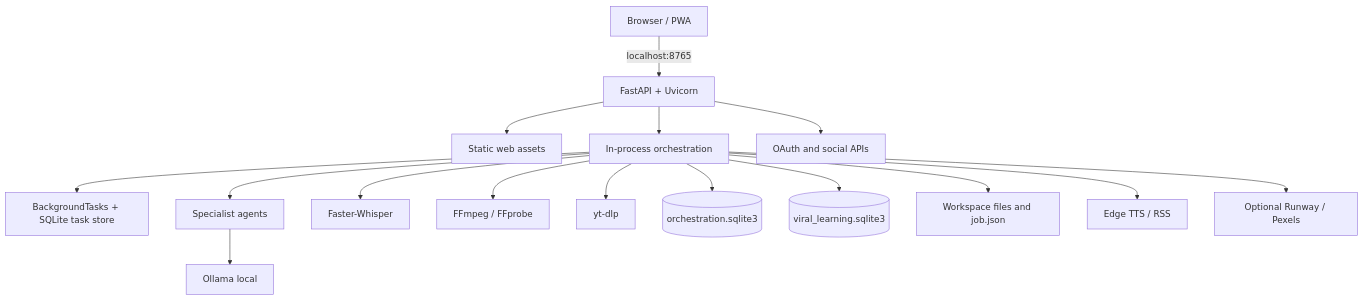
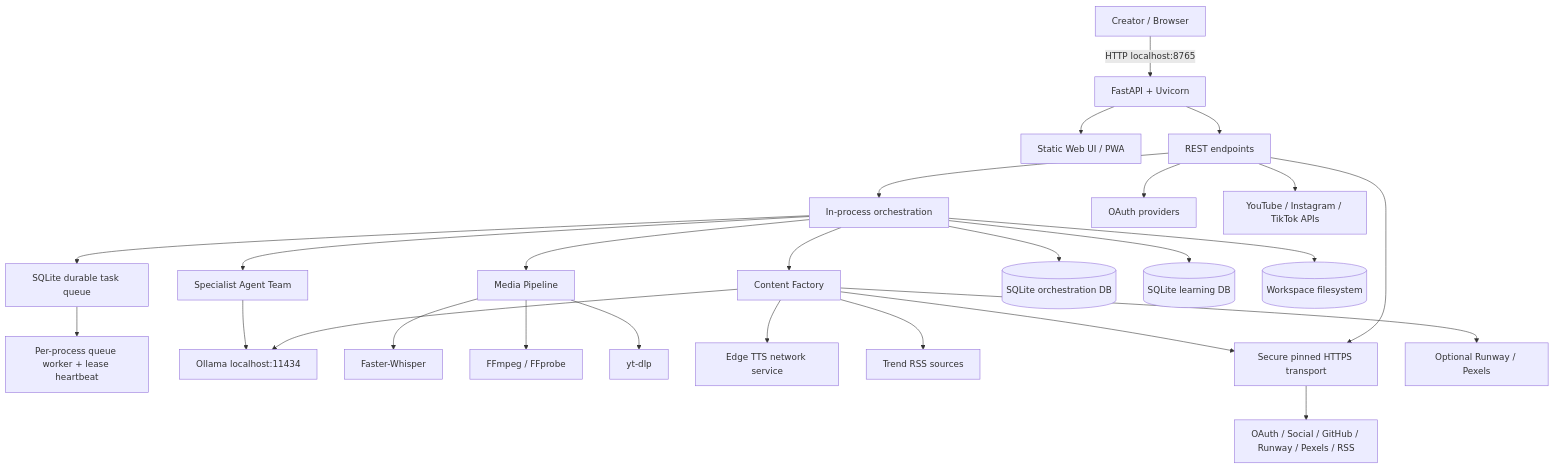
Before and after one commit to Myozan/YAMAN-VIRAL-STUDIO-PRO: the first of 4 diagrams in docs/wiki/Engineering-Architecture.md, drawn with Mermaid. The commit also changed other lines of this file and 16 other files, not shown here.

Commit message:
feat: add durable SQLite task queue and worker failover

````diff
--- a/docs/wiki/Engineering-Architecture.md
+++ b/docs/wiki/Engineering-Architecture.md
@@ -7,18 +7,28 @@
 ```mermaid
 flowchart TB
-  U[Browser / PWA] -->|localhost:8765| API[FastAPI + Uvicorn]
-  API --> UI[Static web assets]
+  U[Creator / Browser] -->|HTTP localhost:8765| F[FastAPI + Uvicorn]
+  F --> UI[Static Web UI / PWA]
+  F --> API[REST endpoints]
   API --> ORCH[In-process orchestration]
-  ORCH --> TASK[BackgroundTasks + SQLite task store]
-  ORCH --> AGENT[Specialist agents]
-  AGENT --> OLLAMA[Ollama local]
-  ORCH --> WHISPER[Faster-Whisper]
-  ORCH --> FFMPEG[FFmpeg / FFprobe]
-  ORCH --> YTDLP[yt-dlp]
-  ORCH --> DB[(orchestration.sqlite3)]
-  ORCH --> LEARN[(viral_learning.sqlite3)]
-  ORCH --> FS[Workspace files and job.json]
-  ORCH --> EDGE[Edge TTS / RSS]
-  ORCH --> VISUAL[Optional Runway / Pexels]
-  API --> SOCIAL[OAuth and social APIs]
+  ORCH --> TASKS[SQLite durable task queue]
+  TASKS --> WORKER[Per-process queue worker + lease heartbeat]
+  ORCH --> CONTENT[Content Factory]
+  ORCH --> AGENTS[Specialist Agent Team]
+  ORCH --> MEDIA[Media Pipeline]
+  CONTENT --> OLLAMA[Ollama localhost:11434]
+  AGENTS --> OLLAMA
+  MEDIA --> WHISPER[Faster-Whisper]
+  MEDIA --> FFMPEG[FFmpeg / FFprobe]
+  MEDIA --> YTDLP[yt-dlp]
+  CONTENT --> TTS[Edge TTS network service]
+  CONTENT --> RSS[Trend RSS sources]
+  API --> HTTP[Secure pinned HTTPS transport]
+  CONTENT --> HTTP
+  HTTP --> REMOTE[OAuth / Social / GitHub / Runway / Pexels / RSS]
+  ORCH --> SQLITE[(SQLite orchestration DB)]
+  ORCH --> LEARN[(SQLite learning DB)]
+  ORCH --> FS[(Workspace filesystem)]
+  API --> OAUTH[OAuth providers]
+  API --> SOCIAL[YouTube / Instagram / TikTok APIs]
+  CONTENT --> VISUAL[Optional Runway / Pexels]
 ```
````
